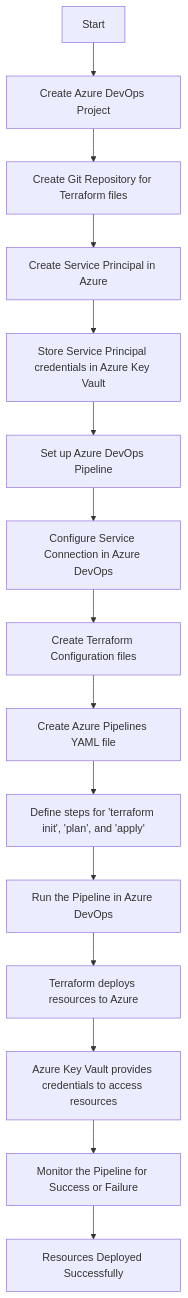
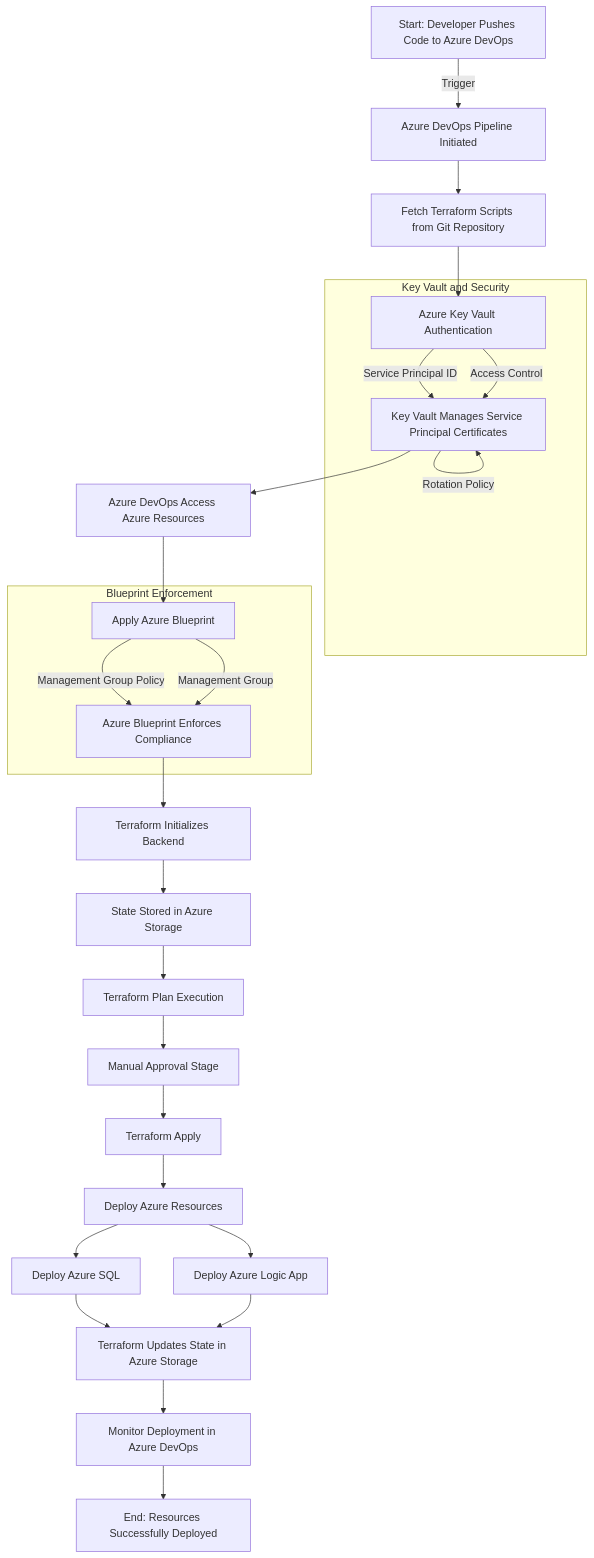
Before and after one commit to oigbokwe73/Deploy-Into-Azure-using-Terrafform: the diagram in README.md, drawn with Mermaid. The commit also changed other lines of this file, not shown here.

````diff
--- a/README.md
+++ b/README.md
@@ -6,17 +6,42 @@
 ```mermaid
 graph TD
-    A[Start] --> B[Create Azure DevOps Project]
-    B --> C[Create Git Repository for Terraform files]
-    C --> D[Create Service Principal in Azure]
-    D --> E[Store Service Principal credentials in Azure Key Vault]
-    E --> F[Set up Azure DevOps Pipeline]
-    F --> G[Configure Service Connection in Azure DevOps]
-    G --> H[Create Terraform Configuration files]
-    H --> I[Create Azure Pipelines YAML file]
-    I --> J[Define steps for 'terraform init', 'plan', and 'apply']
-    J --> K[Run the Pipeline in Azure DevOps]
-    K --> L[Terraform deploys resources to Azure]
-    L --> M[Azure Key Vault provides credentials to access resources]
-    M --> N[Monitor the Pipeline for Success or Failure]
-    N --> O[Resources Deployed Successfully]
+    A[Start: Developer Pushes Code to Azure DevOps] -->|Trigger| B[Azure DevOps Pipeline Initiated]
+    
+    B --> C[Fetch Terraform Scripts from Git Repository]
+    
+    C --> D[Azure Key Vault Authentication]
+    D -->|Service Principal ID| E[Fetch Service Principal from Key Vault]
+    
+    E --> F[Azure DevOps Access Azure Resources]
+    
+    F --> G[Apply Azure Blueprint]
+    G -->|Management Group Policy| H[Azure Blueprint Enforces Compliance]
+    
+    H --> I[Terraform Initializes Backend]
+    I --> J[State Stored in Azure Storage]
+    
+    J --> K[Terraform Plan Execution]
+    
+    K --> L[Manual Approval Stage]
+    L --> M[Terraform Apply]
+    
+    M --> N[Deploy Azure Resources]
+    N --> O1[Deploy Azure SQL]
+    N --> O2[Deploy Azure Logic App]
+    
+    O1 --> P[Terraform Updates State in Azure Storage]
+    O2 --> P
+    
+    P --> Q[Monitor Deployment in Azure DevOps]
+    
+    Q --> R[End: Resources Successfully Deployed]
+    
+    subgraph Key Vault and Security
+        D -->|Access Control| E
+        E -->|Rotation Policy| E[Key Vault Manages Service Principal Certificates]
+    end
+    
+    subgraph Blueprint Enforcement
+        G -->|Management Group| H
+    end
 ```
````
